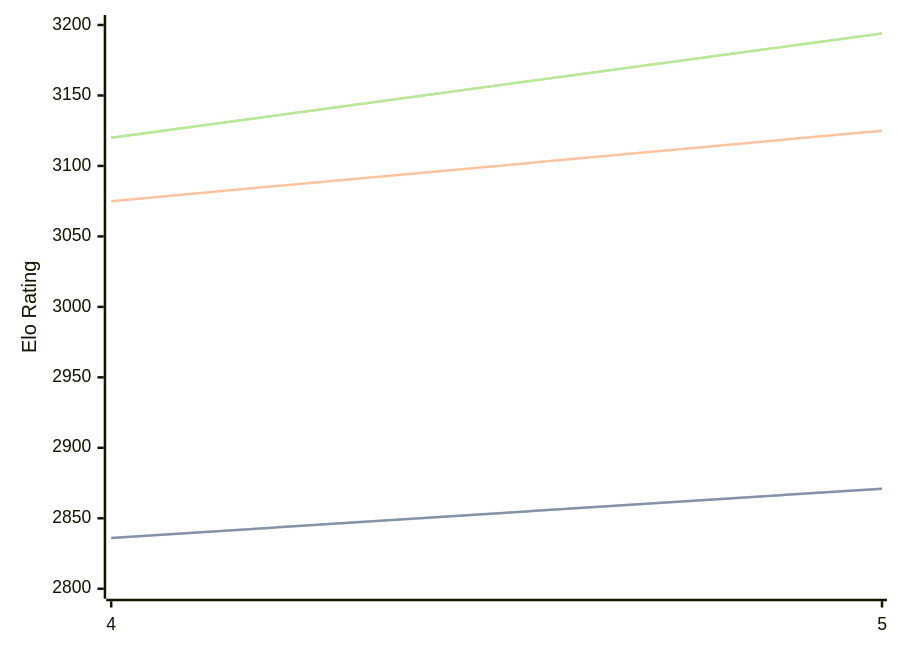
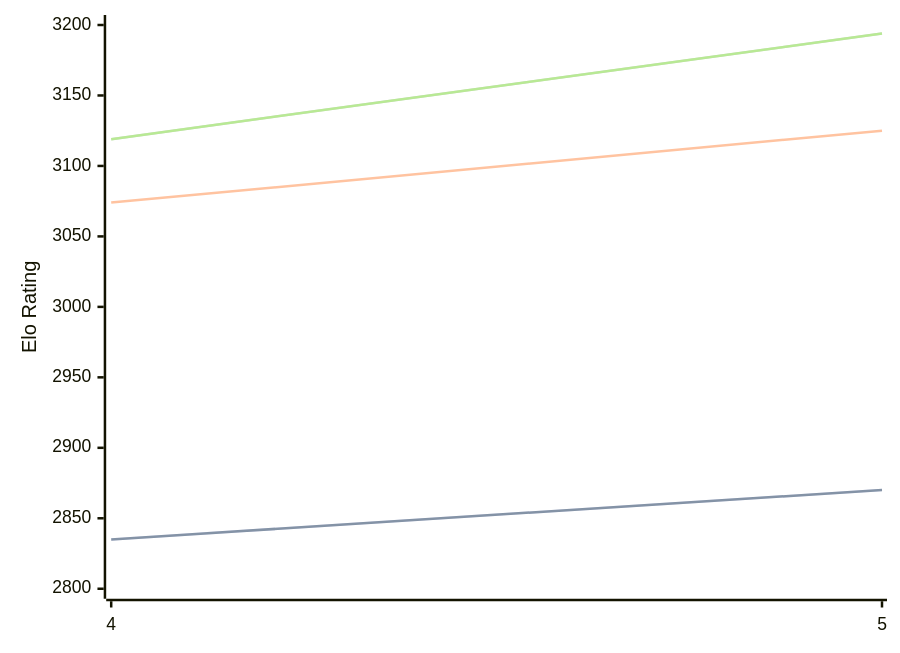
One commit to computer-chess-index/cci changed the third of 3 diagrams in engines/Cwtch.md. Above: the diagram before and after it, drawn with Mermaid. The commit also changed other lines of this file, not shown here.

Commit message:
Update CCI Ratings (ELO VLTC) - 2026-06-27

````diff
--- a/engines/Cwtch.md
+++ b/engines/Cwtch.md
@@ -67,11 +67,11 @@
 ```mermaid
 %%{init: {"theme":"base","themeVariables":{"seriesColors:['#a3a3a3','#222221','#faa371']}}}%%
 xychart-beta
   x-axis ["4", "5"]
   y-axis "Elo Rating" 2800 --> 3200
-  line "STC (8.0+0.08s)" [2836, 2871]
-  line "STC (8.0+0.08s)" [2836, 2871]
-  line "LTC (60.0+0.60s)" [3075, 3125]
-  line "VLTC (2m24s+1.12s)" [3120, 3194]
-  line "VLTC (2m24s+1.12s)" [3120, 3194]
+  line "STC (8.0+0.08s)" [2835, 2870]
+  line "STC (8.0+0.08s)" [2835, 2870]
+  line "LTC (60.0+0.60s)" [3074, 3125]
+  line "VLTC (2m24s+1.12s)" [3119, 3194]
+  line "VLTC (2m24s+1.12s)" [3119, 3194]
 ```
````
